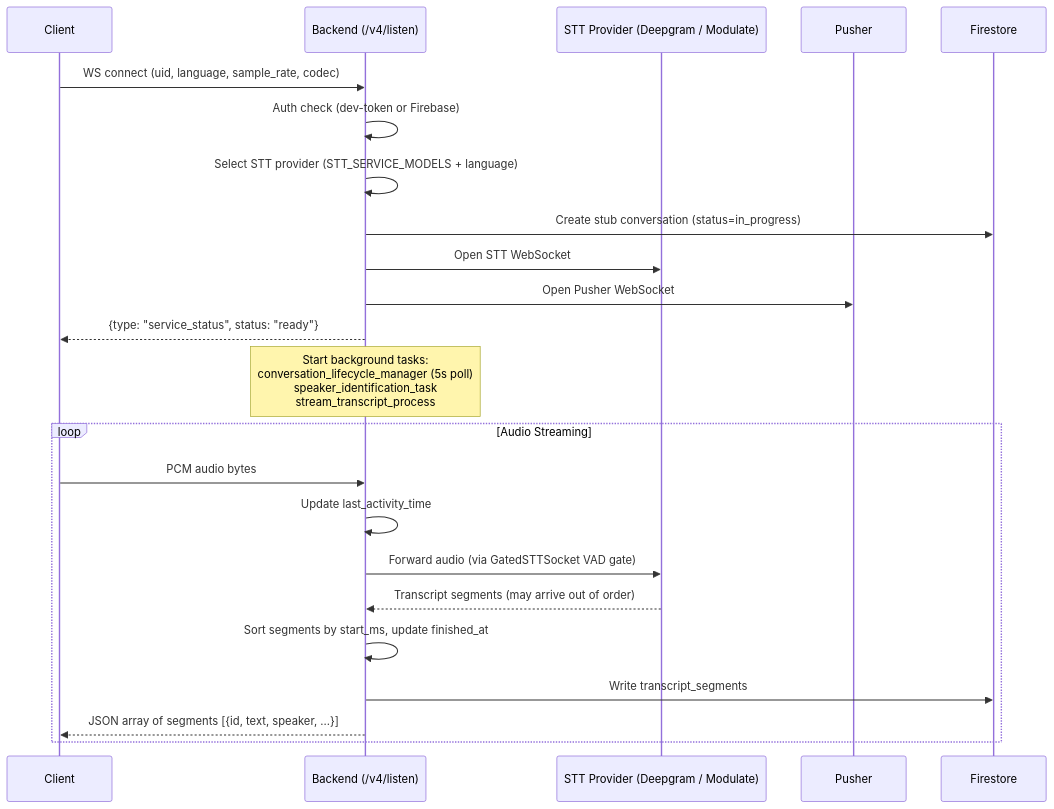
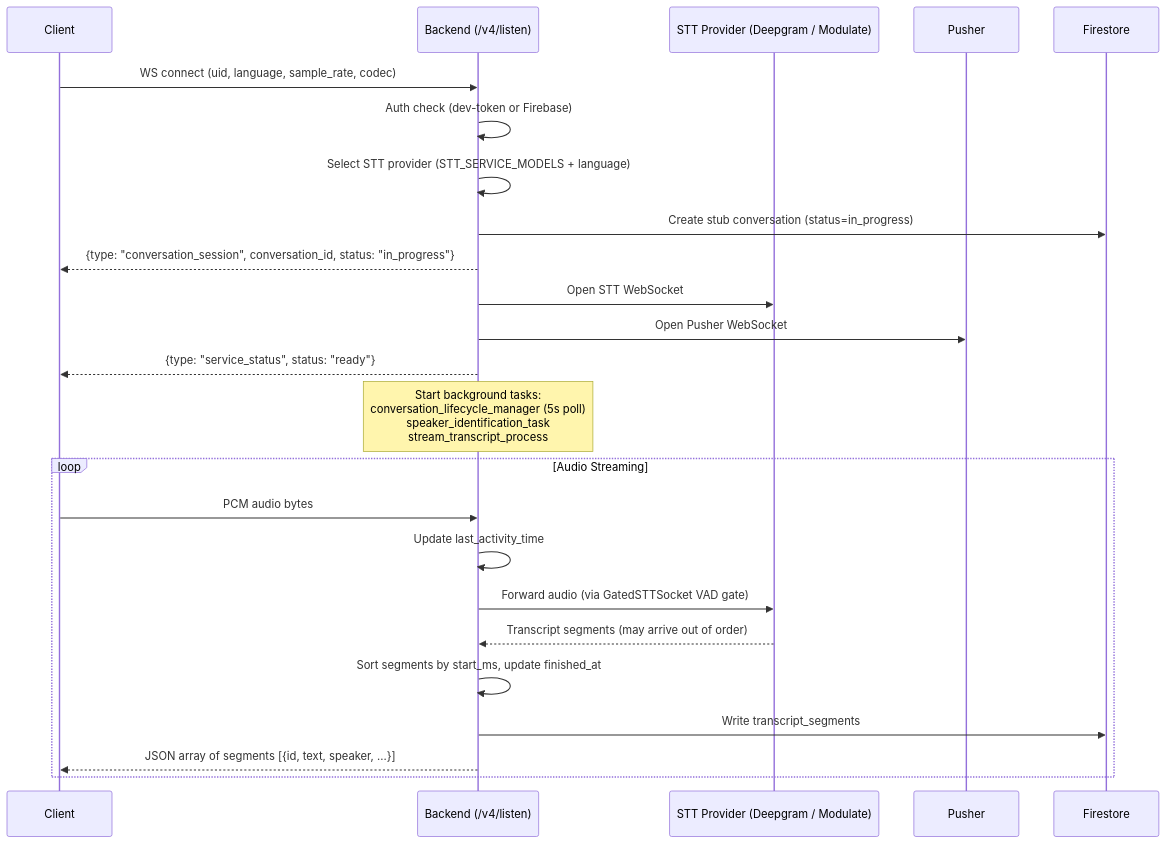
One commit to BasedHardware/omi changed the first of 6 diagrams in docs/doc/developer/backend/listen_pusher_pipeline.mdx. Above: the diagram before and after it, drawn with Mermaid. The commit also changed other lines of this file and 4 other files, not shown here.

````diff
--- a/docs/doc/developer/backend/listen_pusher_pipeline.mdx
+++ b/docs/doc/developer/backend/listen_pusher_pipeline.mdx
@@ -29,28 +40,29 @@
 ```mermaid
 sequenceDiagram
     participant Client
     participant Backend as Backend (/v4/listen)
     participant STT as STT Provider (Deepgram / Modulate)
     participant Pusher
     participant Firestore
 
     Client->>Backend: WS connect (uid, language, sample_rate, codec)
     Backend->>Backend: Auth check (dev-token or Firebase)
     Backend->>Backend: Select STT provider (STT_SERVICE_MODELS + language)
     Backend->>Firestore: Create stub conversation (status=in_progress)
+    Backend-->>Client: {type: "conversation_session", conversation_id, status: "in_progress"}
     Backend->>STT: Open STT WebSocket
     Backend->>Pusher: Open Pusher WebSocket
     Backend-->>Client: {type: "service_status", status: "ready"}
 
     Note over Backend: Start background tasks:<br/>conversation_lifecycle_manager (5s poll)<br/>speaker_identification_task<br/>stream_transcript_process
 
     loop Audio Streaming
         Client->>Backend: PCM audio bytes
         Backend->>Backend: Update last_activity_time
         Backend->>STT: Forward audio (via GatedSTTSocket VAD gate)
         STT-->>Backend: Transcript segments (may arrive out of order)
         Backend->>Backend: Sort segments by start_ms, update finished_at
         Backend->>Firestore: Write transcript_segments
         Backend-->>Client: JSON array of segments [{id, text, speaker, ...}]
     end
 ```
````
